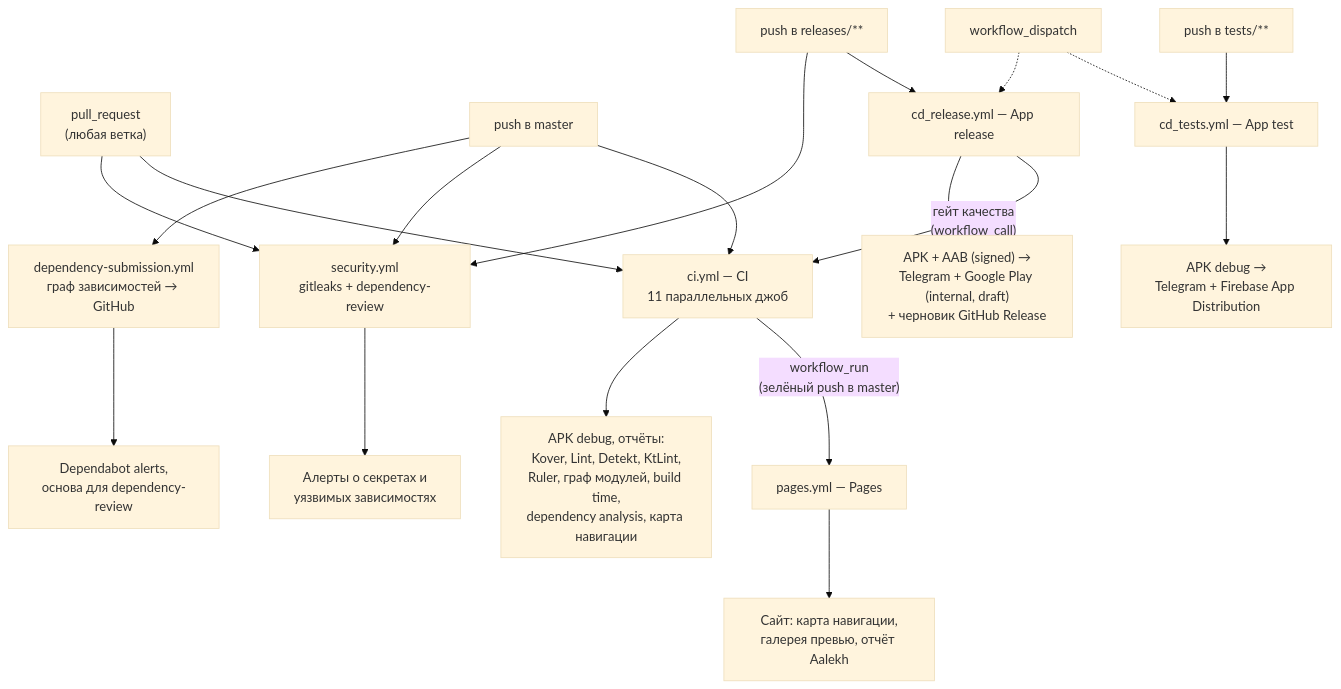
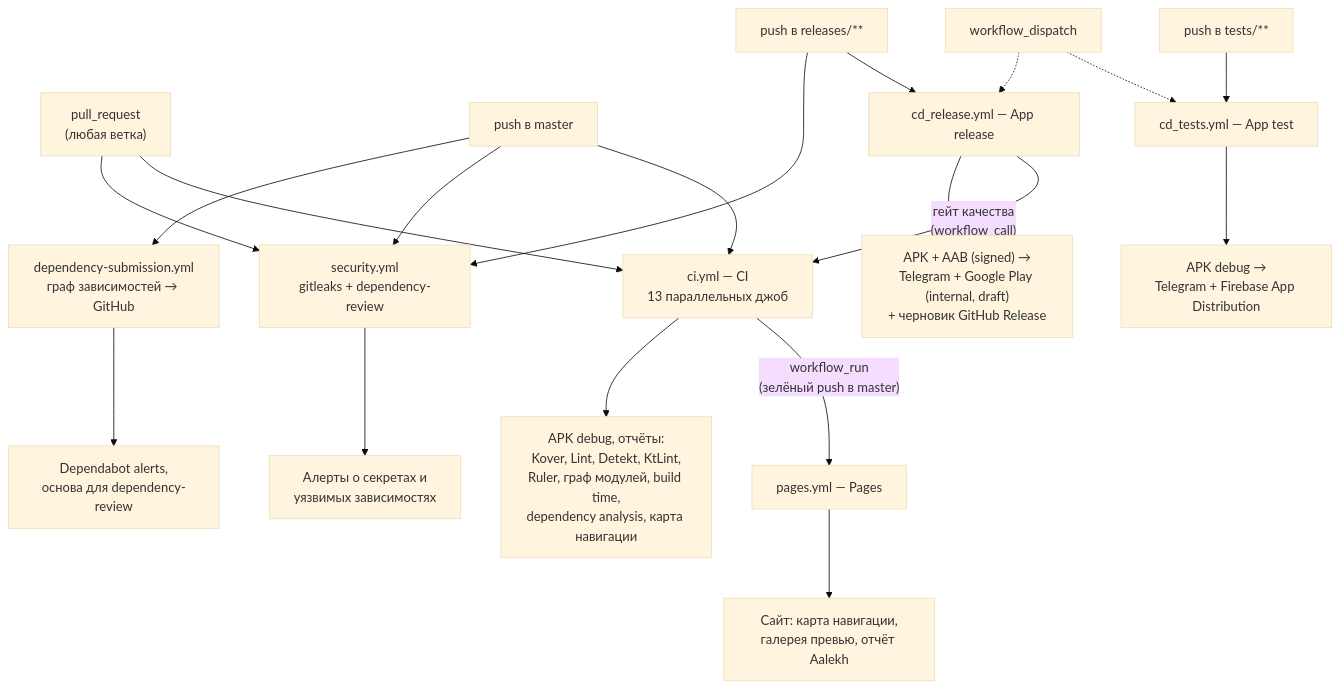
The first of 4 diagrams in docs/ci-cd.md (IliaVoskoboinikov/Finance-Manager), drawn with Mermaid (base theme) before and after one commit. The commit also changed other lines of this file and 4 other files, not shown here.

````diff
--- a/docs/ci-cd.md
+++ b/docs/ci-cd.md
@@ -14,22 +14,22 @@
 ```mermaid
 flowchart TD
-    pr["pull_request<br/>(любая ветка)"] --> ci["ci.yml — CI<br/>11 параллельных джоб"]
+    pr["pull_request<br/>(любая ветка)"] --> ci["ci.yml — CI<br/>13 параллельных джоб"]
     pushM["push в master"] --> ci
     pr --> sec["security.yml<br/>gitleaks + dependency-review"]
     pushM --> sec
     pushM --> dep["dependency-submission.yml<br/>граф зависимостей → GitHub"]
     pushT["push в tests/**"] --> cdt["cd_tests.yml — App test"]
     pushR["push в releases/**"] --> cdr["cd_release.yml — App release"]
     pushR --> sec
     cdr -->|"гейт качества<br/>(workflow_call)"| ci
     ci -->|"workflow_run<br/>(зелёный push в master)"| pages["pages.yml — Pages"]
     pages --> art6["Сайт: карта навигации,<br/>галерея превью, отчёт Aalekh"]
     wd["workflow_dispatch"] -.-> cdt
     wd -.-> cdr
 
     ci --> art1["APK debug, отчёты:<br/>Kover, Lint, Detekt, KtLint,<br/>Ruler, граф модулей, build time,<br/>dependency analysis, карта навигации"]
     sec --> art4["Алерты о секретах и<br/>уязвимых зависимостях"]
     dep --> art5["Dependabot alerts,<br/>основа для dependency-review"]
     cdt --> art2["APK debug →<br/>Telegram + Firebase App Distribution"]
     cdr --> art3["APK + AAB (signed) →<br/>Telegram + Google Play (internal, draft)<br/>+ черновик GitHub Release"]
 ```
````
